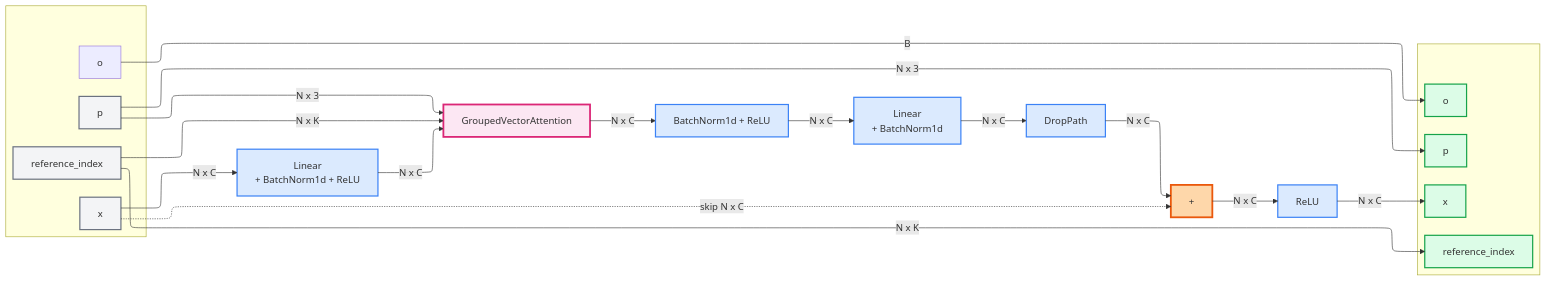
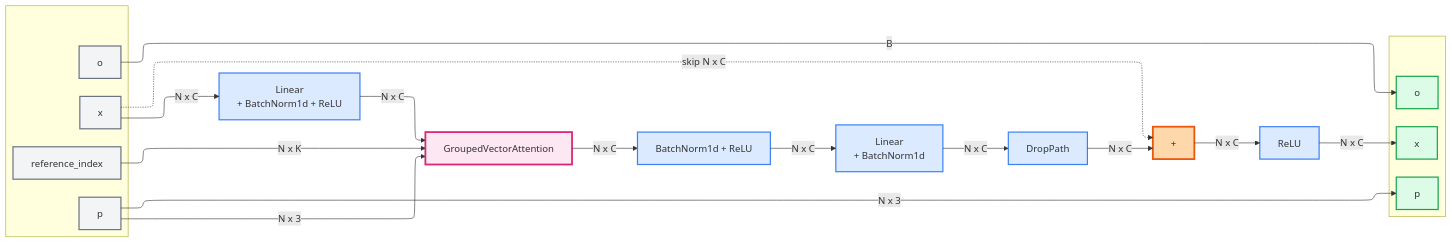
Before and after one commit to antoineach/antoineach.github.io: the diagram in assets/img/poinTransformerV2/block.md, drawn with Mermaid. The commit also changed 4 other files, not shown here.

````diff
--- a/assets/img/poinTransformerV2/block.md
+++ b/assets/img/poinTransformerV2/block.md
@@ -1,62 +1,60 @@
 ```mermaid
 ---
 config:
   layout: elk
 ---
 graph LR
     subgraph InputPXO[" "]
         p["p"]
         x["x"]
         o["o"]
         ref["reference_index"]
     end
     
     x -->|N x C| FC1["Linear<br>+ BatchNorm1d + ReLU"]
     
     FC1 -->|N x C| GVA["GroupedVectorAttention"]
     
     p -->|N x 3| GVA
     ref -->|N x K| GVA
     
     GVA -->|N x C| Norm2["BatchNorm1d + ReLU"]
     Norm2 -->|N x C| FC3["Linear<br>+ BatchNorm1d"]
     
     FC3 -->|N x C| DropPath["DropPath"]
     DropPath -->|N x C| Add["+"]
     x -.skip N x C.-> Add
     
     Add -->|N x C| ReLU["ReLU"]
     
     subgraph OutputPXO[" "]
         pout["p"]
         xout["x"]
         oout_t["o"]
-        oout["reference_index"]
     end
     
     p -->|N x 3| pout
     ReLU -->|N x C| xout
 
     o --> |B| oout_t
-    ref -->|N x K| oout
     
     style p fill:#f3f4f6,stroke:#6b7280,stroke-width:2px
     style x fill:#f3f4f6,stroke:#6b7280,stroke-width:2px
+    style o fill:#f3f4f6,stroke:#6b7280,stroke-width:2px
     style ref fill:#f3f4f6,stroke:#6b7280,stroke-width:2px
     
     style FC1 fill:#dbeafe,stroke:#3b82f6,stroke-width:2px
     
     style GVA fill:#fce7f3,stroke:#db2777,stroke-width:3px
     
     style Norm2 fill:#dbeafe,stroke:#3b82f6,stroke-width:2px
     style FC3 fill:#dbeafe,stroke:#3b82f6,stroke-width:2px
     style DropPath fill:#dbeafe,stroke:#3b82f6,stroke-width:2px
     
     style Add fill:#fed7aa,stroke:#ea580c,stroke-width:3px
     style ReLU fill:#dbeafe,stroke:#3b82f6,stroke-width:2px
     
     style pout fill:#dcfce7,stroke:#16a34a,stroke-width:2px
     style xout fill:#dcfce7,stroke:#16a34a,stroke-width:2px
     style oout_t fill:#dcfce7,stroke:#16a34a,stroke-width:2px
-    style oout fill:#dcfce7,stroke:#16a34a,stroke-width:2px
 ```
````
